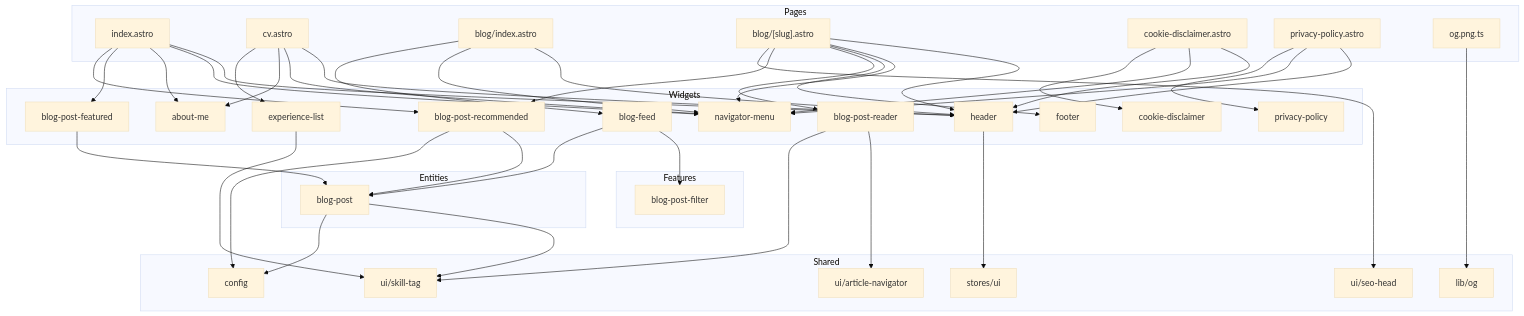
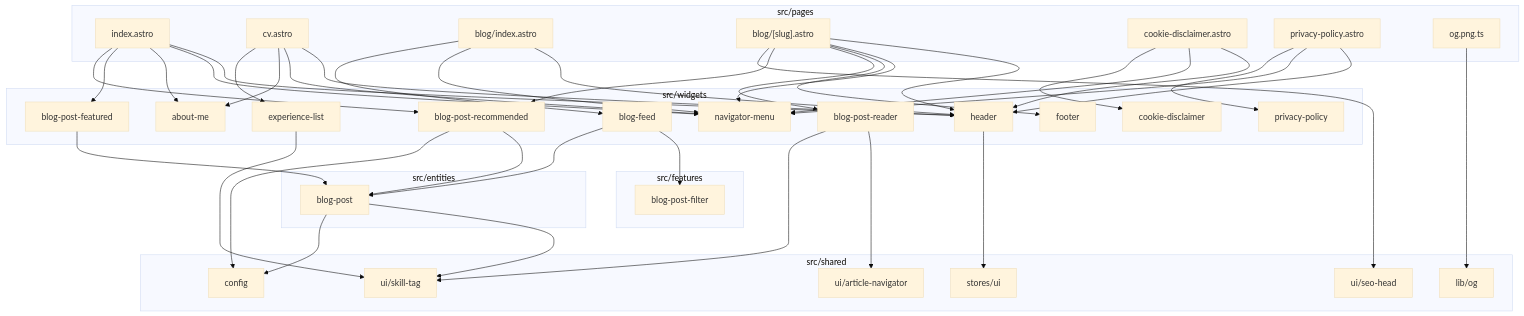
Before and after one commit to Alexits93/ai-architecture-portfolio: the diagram in docs/ARCHITECTURE.md, drawn with Mermaid (base theme). The commit also changed other lines of this file and 19 other files, not shown here.

````diff
--- a/docs/ARCHITECTURE.md
+++ b/docs/ARCHITECTURE.md
@@ -5,59 +5,59 @@
 ```mermaid
 flowchart TD
-    subgraph Pages
+    subgraph Pages["src/pages"]
         Index["index.astro"]
         CV["cv.astro"]
         BlogIndex["blog/index.astro"]
         BlogPost["blog/[slug].astro"]
         Cookie["cookie-disclaimer.astro"]
         Privacy["privacy-policy.astro"]
         OG["og.png.ts"]
     end
 
-    subgraph Widgets
+    subgraph Widgets["src/widgets"]
         Header["header"]
         Menu["navigator-menu"]
         Footer["footer"]
         AboutMe["about-me"]
         Experience["experience-list"]
         Featured["blog-post-featured"]
         Recommended["blog-post-recommended"]
         Feed["blog-feed"]
         Reader["blog-post-reader"]
         CookieW["cookie-disclaimer"]
         PrivacyW["privacy-policy"]
     end
 
-    subgraph Features
+    subgraph Features["src/features"]
         Filter["blog-post-filter"]
     end
 
-    subgraph Entities
+    subgraph Entities["src/entities"]
         Post["blog-post"]
     end
 
-    subgraph Shared
+    subgraph Shared["src/shared"]
         SkillTag["ui/skill-tag"]
         ArticleNav["ui/article-navigator"]
         SeoHead["ui/seo-head"]
         Store["stores/ui"]
         OgLib["lib/og"]
         Config["config"]
     end
 
     Index --> Header & Menu & AboutMe & Featured & Recommended
     CV --> Header & Menu & AboutMe & Experience
     BlogIndex --> Header & Menu & Feed
     BlogPost --> Header & Menu & Footer & Reader & Recommended & SeoHead
     Cookie --> Header & Menu & CookieW
     Privacy --> Header & Menu & PrivacyW
     OG --> OgLib
 
     Header --> Store
     Experience --> SkillTag
     Feed --> Filter & Post
     Featured --> Post
     Recommended --> Post & Config
     Reader --> ArticleNav & SkillTag
     Post --> SkillTag & Config
 ```
````
